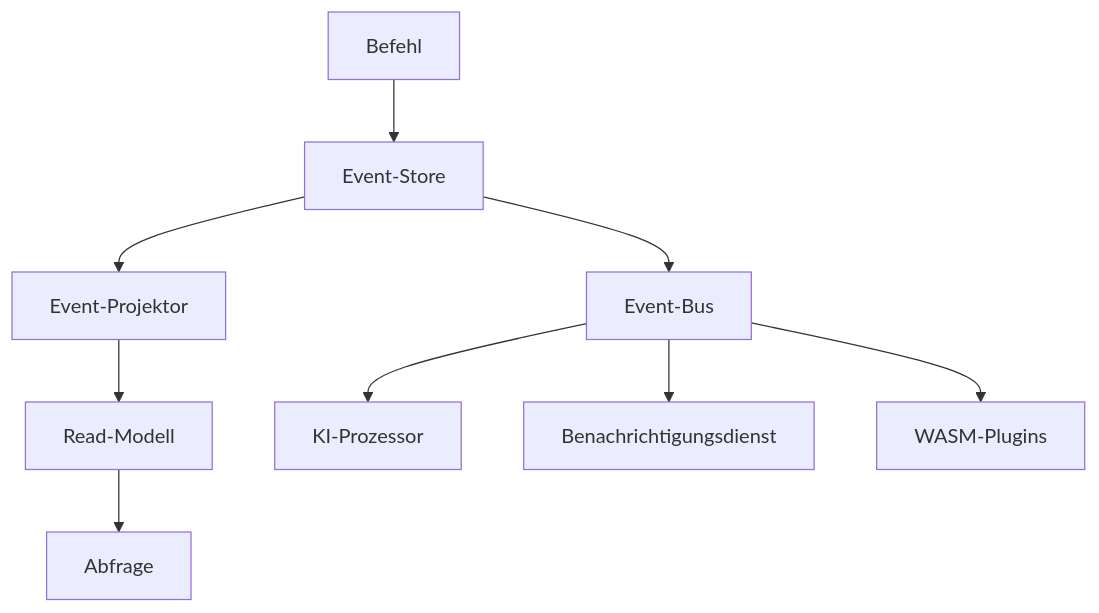
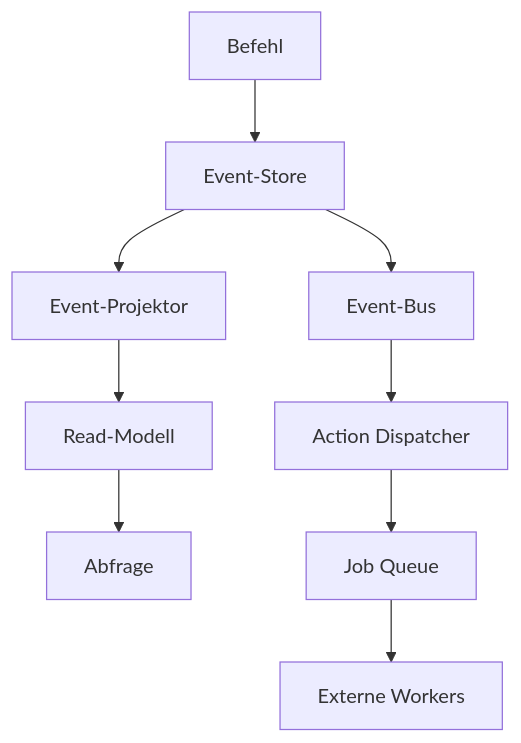
The diagram in README.de.md (atomo-cc/atomo), drawn with Mermaid before and after one commit. The commit also changed other lines of this file and 32 other files, not shown here.

First line of the commit message:
feat: implement Phase 1 action system and replace WASM docs with actions/workers

````diff
--- a/README.de.md
+++ b/README.de.md
@@ -120,12 +120,12 @@
 ```mermaid
 graph TD
     A[Befehl] --> B[Event-Store]
     B --> C[Event-Projektor]
     C --> D[Read-Modell]
     D --> E[Abfrage]
 
     B --> F[Event-Bus]
-    F --> G[KI-Prozessor]
-    F --> H[Benachrichtigungsdienst]
-    F --> I[WASM-Plugins]
+    F --> G[Action Dispatcher]
+    G --> H[Job Queue]
+    H --> I[Externe Workers]
 ```
````
